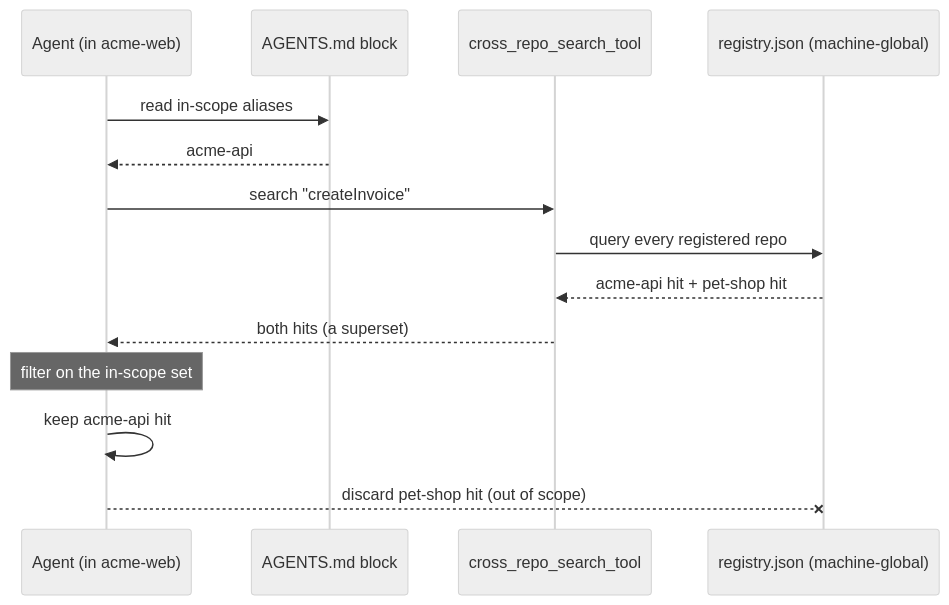
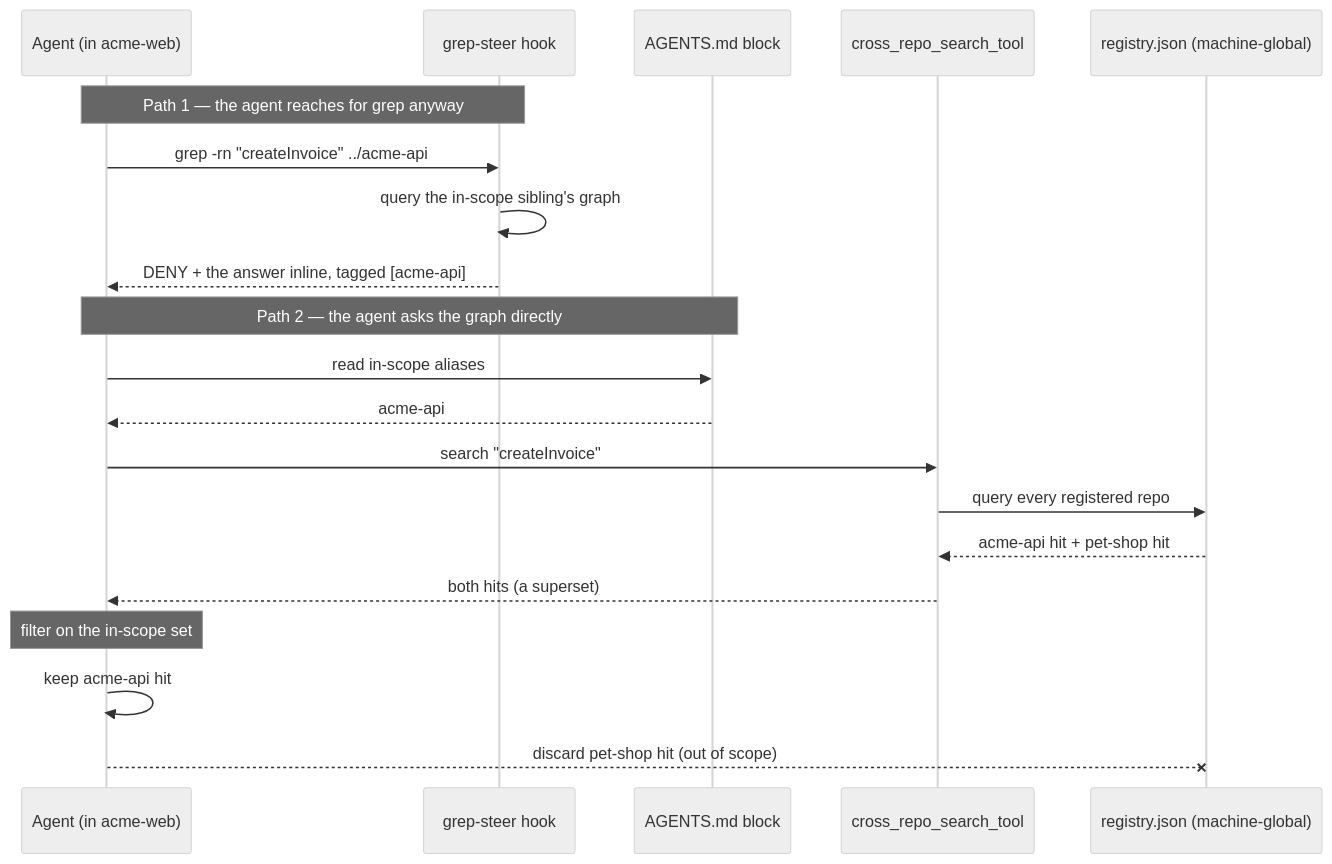
The seventh of 8 diagrams in docs/graph-tools-during-development.md (xyzxyz442/x442-skills), drawn with Mermaid (neutral theme) before and after one commit. The commit also changed other lines of this file and 1 other file, not shown here.

First line of the commit message:
docs(docs): document the sibling tier in the grep-steer ladder

````diff
--- a/docs/graph-tools-during-development.md
+++ b/docs/graph-tools-during-development.md
@@ -459,17 +483,24 @@
 ```mermaid
 sequenceDiagram
     participant A as Agent (in acme-web)
+    participant H as grep-steer hook
     participant B as AGENTS.md block
     participant CRG as cross_repo_search_tool
     participant REG as registry.json (machine-global)
 
+    Note over A,H: Path 1 — the agent reaches for grep anyway
+    A->>H: grep -rn "createInvoice" ../acme-api
+    H->>H: query the in-scope sibling's graph
+    H-->>A: DENY + the answer inline, tagged [acme-api]
+
+    Note over A,B: Path 2 — the agent asks the graph directly
     A->>B: read in-scope aliases
     B-->>A: acme-api
     A->>CRG: search "createInvoice"
     CRG->>REG: query every registered repo
     REG-->>CRG: acme-api hit + pet-shop hit
     CRG-->>A: both hits (a superset)
     Note over A: filter on the in-scope set
     A->>A: keep acme-api hit
     A--xREG: discard pet-shop hit (out of scope)
 ```
````
